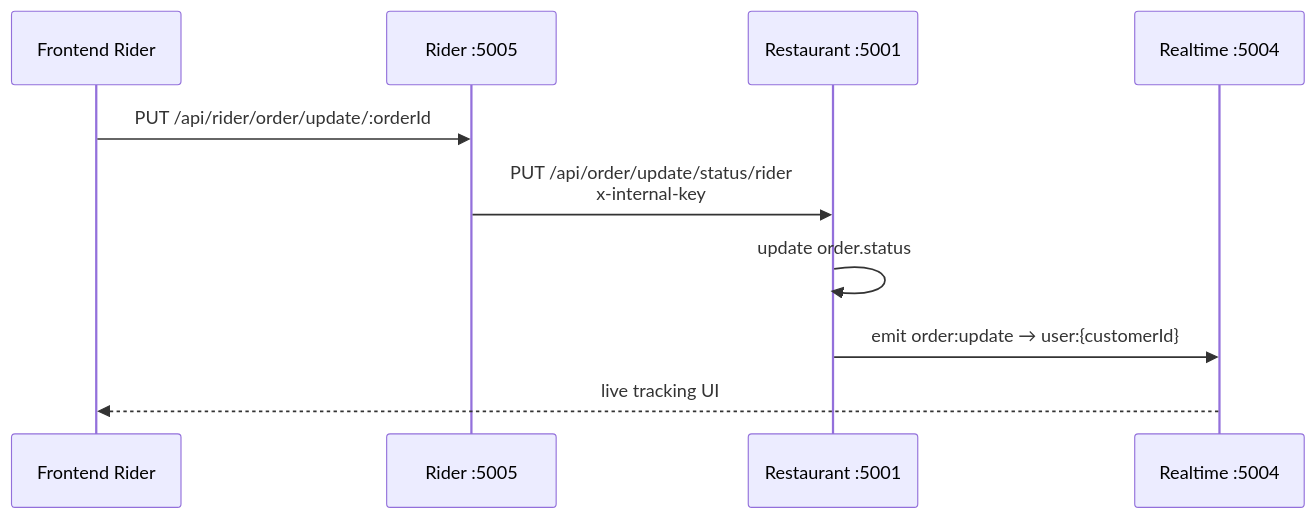
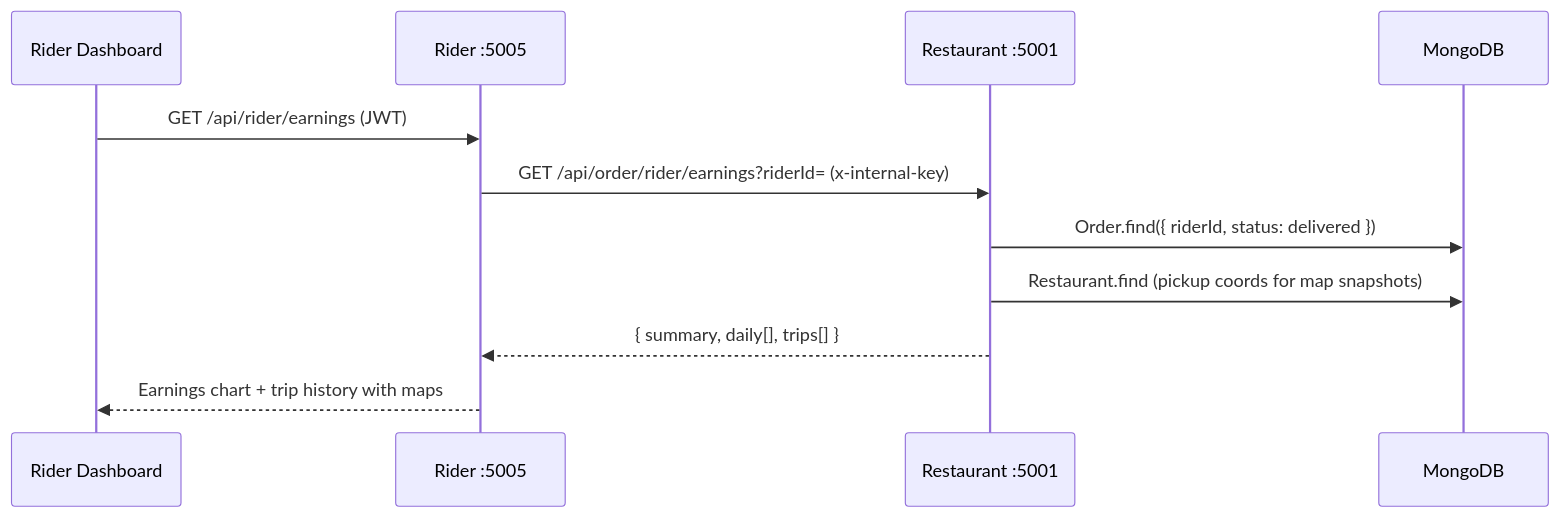
One commit to subhm2004/ByteBites changed the ninth of 18 diagrams in ARCHITECTURE.md. Above: the diagram before and after it, drawn with Mermaid. The commit also changed other lines of this file and 1 other file, not shown here.

````diff
--- a/ARCHITECTURE.md
+++ b/ARCHITECTURE.md
@@ -228,13 +330,14 @@
 ```mermaid
 sequenceDiagram
-    participant FE as Frontend Rider
-    participant RID as Rider :5005
+    participant FE as Rider Dashboard
+    participant RD as Rider :5005
     participant R as Restaurant :5001
-    participant RT as Realtime :5004
+    participant DB as MongoDB
 
-    FE->>RID: PUT /api/rider/order/update/:orderId
-    RID->>R: PUT /api/order/update/status/rider<br/>x-internal-key
-    R->>R: update order.status
-    R->>RT: emit order:update → user:{customerId}
-    RT-->>FE: live tracking UI
+    FE->>RD: GET /api/rider/earnings (JWT)
+    RD->>R: GET /api/order/rider/earnings?riderId= (x-internal-key)
+    R->>DB: Order.find({ riderId, status: delivered })
+    R->>DB: Restaurant.find (pickup coords for map snapshots)
+    R-->>RD: { summary, daily[], trips[] }
+    RD-->>FE: Earnings chart + trip history with maps
 ```
````
